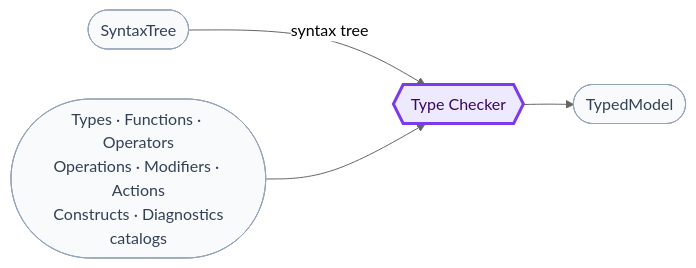
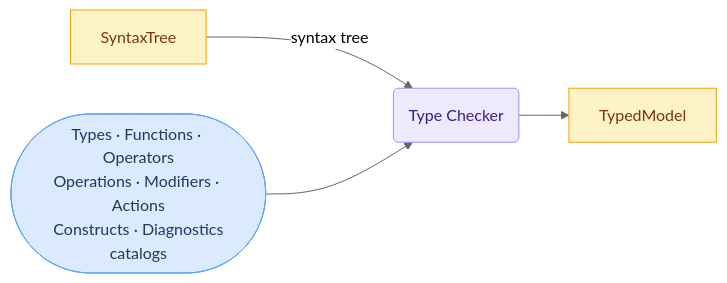
One commit to sfalik/Precept changed the fourth of 9 diagrams in docs/compiler-and-runtime-design.md. Above: the diagram before and after it, drawn with Mermaid (neutral theme). The commit also changed other lines of this file, not shown here.

Commit message:
docs: align §4–§11 diagram shapes and colors with §3 overview

````diff
--- a/docs/compiler-and-runtime-design.md
+++ b/docs/compiler-and-runtime-design.md
@@ -284,14 +286,15 @@
 ```mermaid
 flowchart LR
-    classDef data fill:#f8fafc,stroke:#94a3b8,color:#334155
-    classDef stage fill:#ede9fe,stroke:#7c3aed,stroke-width:3px,color:#3b0764
+    classDef input fill:#dbeafe,stroke:#60a5fa,color:#1e3a5f
+    classDef stage fill:#ede9fe,stroke:#a78bfa,color:#3b1f7e
+    classDef artifact fill:#fef3c7,stroke:#f59e0b,color:#78350f
 
-    ST(["SyntaxTree"]):::data
-    CAT(["Types · Functions · Operators\nOperations · Modifiers · Actions\nConstructs · Diagnostics\ncatalogs"]):::data
-    TC{{"Type Checker"}}:::stage
-    OUT(["TypedModel"]):::data
+    ST[SyntaxTree]:::artifact
+    CAT([Types · Functions · Operators\nOperations · Modifiers · Actions\nConstructs · Diagnostics\ncatalogs]):::input
+    TC(Type Checker):::stage
+    OUT[TypedModel]:::artifact
 
     ST -->|"syntax tree"| TC
     CAT --> TC
     TC --> OUT
 ```
````
